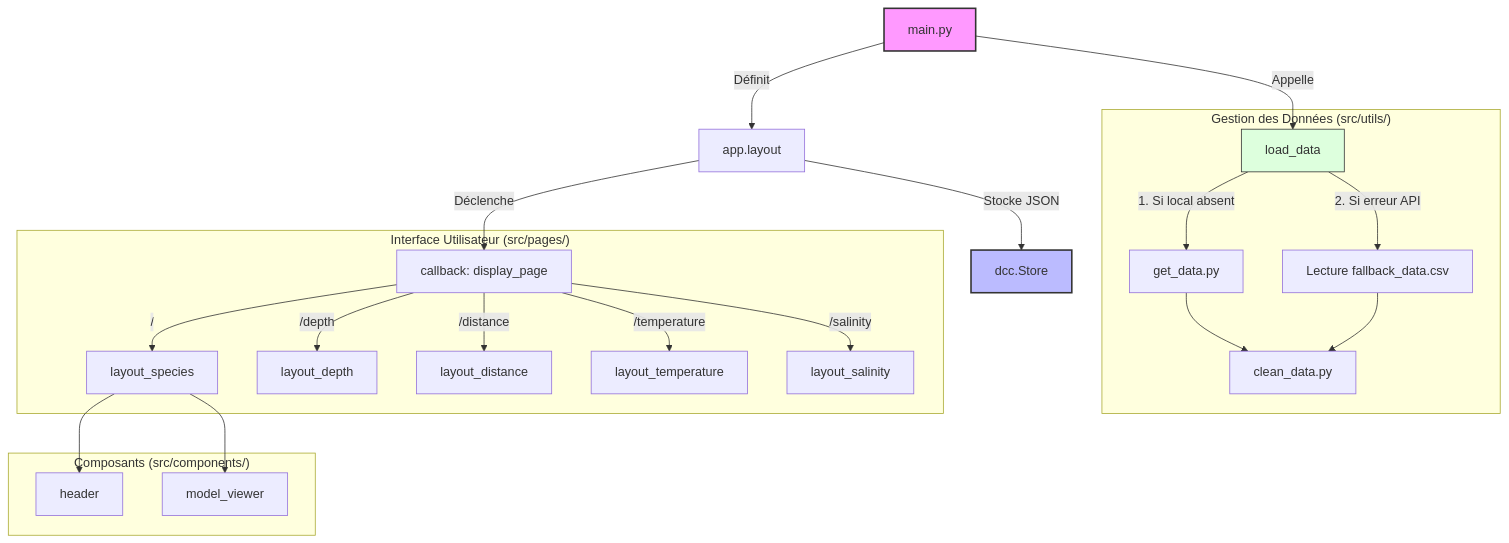
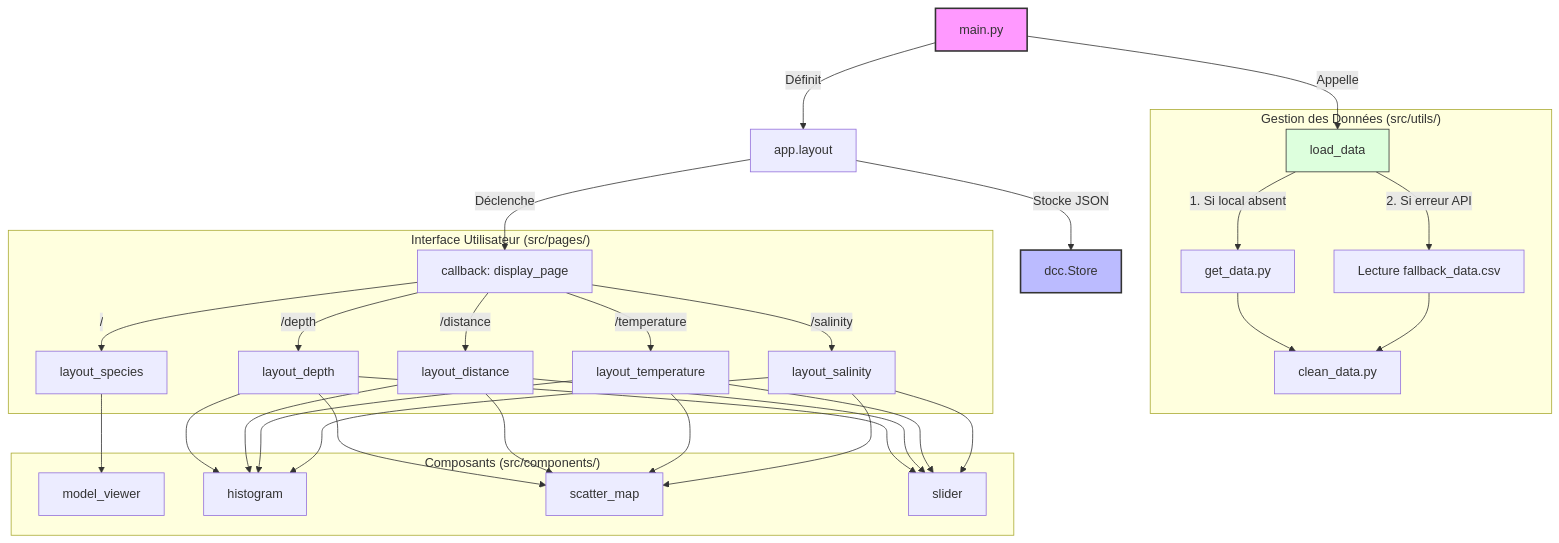
Before and after one commit to lou-kail/WhaLife: the diagram in README.md, drawn with Mermaid.

Commit message:
feat(readme): added components to mermaid graph

````diff
--- a/README.md
+++ b/README.md
@@ -29,37 +29,48 @@
 ```mermaid
 graph TD
     %% Programme Principal
     Main[main.py] -->|Appelle| Init[load_data]
     
     %% Logique de Données (Impérative)
     subgraph "Gestion des Données (src/utils/)"
         Init -->|1. Si local absent| Fetch[get_data.py]
         Init -->|2. Si erreur API| Fallback[Lecture fallback_data.csv]
         Fetch --> Clean[clean_data.py]
         Fallback --> Clean
     end
 
     %% Architecture Dash & Routage
     Main -->|Définit| Layout[app.layout]
     Layout -->|Stocke JSON| Store[dcc.Store]
     Layout -->|Déclenche| Router[callback: display_page]
     
     %% Pages et Composants
     subgraph "Interface Utilisateur (src/pages/)"
         Router -->|/| P1[layout_species]
         Router -->|/depth| P2[layout_depth]
         Router -->|/distance| P3[layout_distance]
         Router -->|/temperature| P4[layout_temperature]
         Router -->|/salinity| P5[layout_salinity]
     end
 
     subgraph "Composants (src/components/)"
-        P1 --> Comp1[header]
-        P1 --> Comp2[model_viewer]
+        P1 --> Comp1[model_viewer]
+        P2 --> Comp2[histogram]        
+        P2 --> Comp3[scatter_map]
+        P2 --> Comp4[slider]
+        P3 --> Comp2[histogram]
+        P3 --> Comp3[scatter_map]
+        P3 --> Comp4[slider]
+        P4 --> Comp2[histogram]
+        P4 --> Comp3[scatter_map]
+        P4 --> Comp4[slider]
+        P5 --> Comp2[histogram]
+        P5 --> Comp3[scatter_map]
+        P5 --> Comp4[slider]
     end
 
     %% Styles pour plus de clarté
     style Main fill:#f9f,stroke:#333,stroke-width:2px
     style Store fill:#bbf,stroke:#333,stroke-width:2px
     style Init fill:#dfd,stroke:#333
 ```
````
